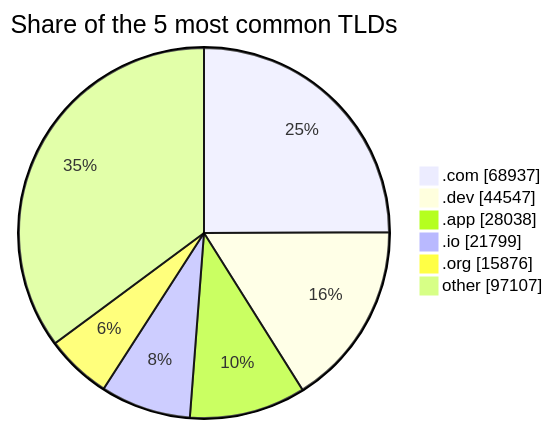
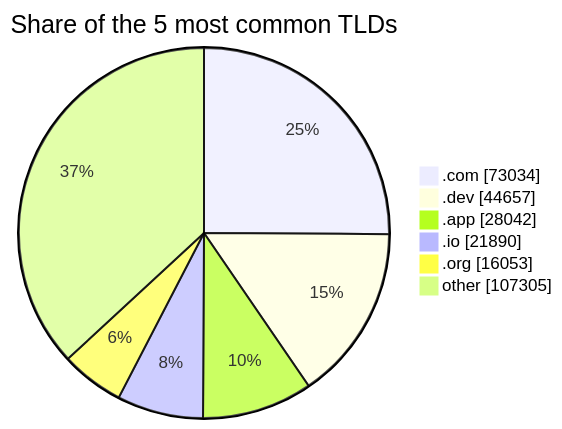
The third of 3 diagrams in README.md (DNSBunker/CTI), drawn with Mermaid before and after one commit. The commit also changed other lines of this file and 3 other files, not shown here.

````diff
--- a/README.md
+++ b/README.md
@@ -81,9 +81,9 @@
 ```mermaid
 pie showData title Share of the 5 most common TLDs
-    ".com" : 68937
-    ".dev" : 44547
-    ".app" : 28038
-    ".io" : 21799
-    ".org" : 15876
-    "other" : 97107
+    ".com" : 73034
+    ".dev" : 44657
+    ".app" : 28042
+    ".io" : 21890
+    ".org" : 16053
+    "other" : 107305
 ```
````
